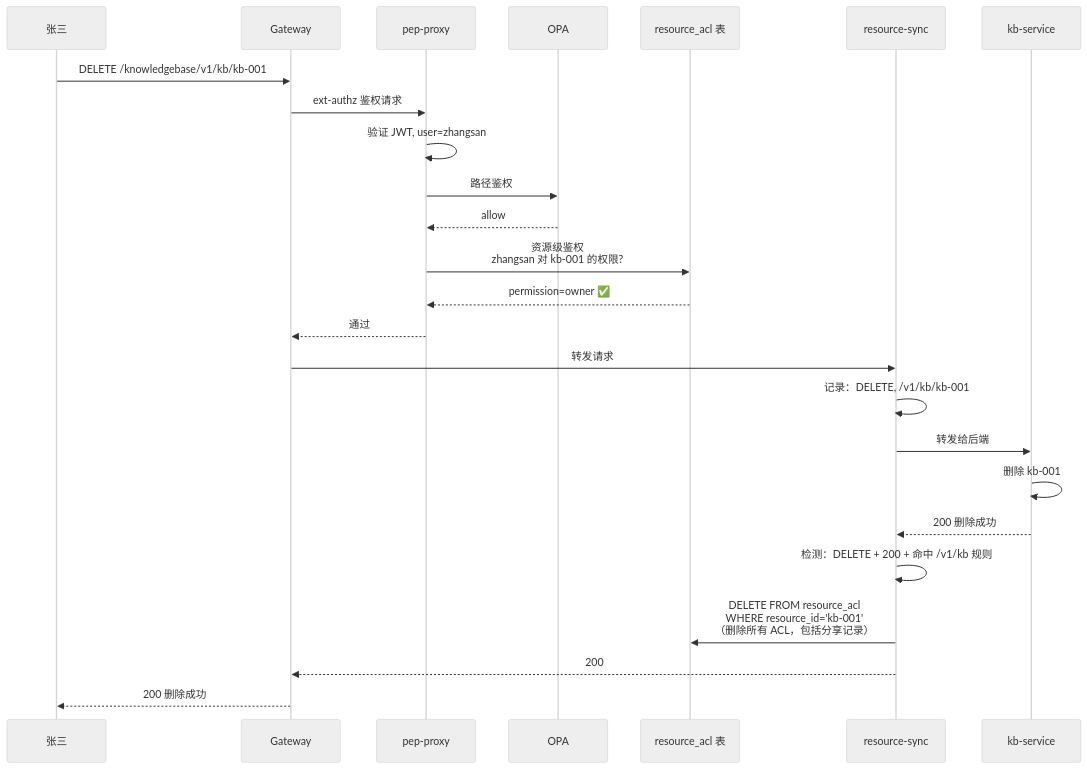
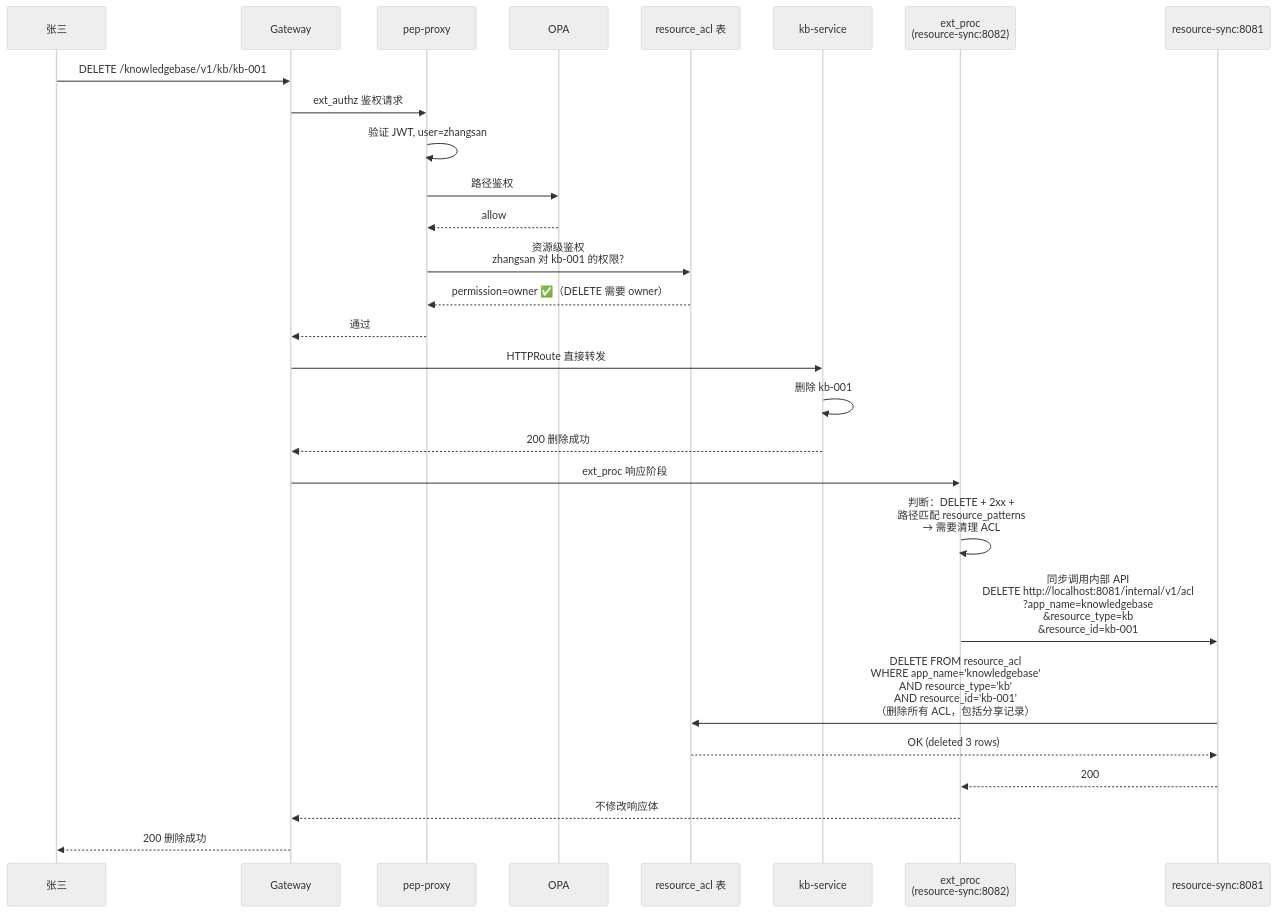
Diagram 11 of 15 in diagrams/request-flow.md (xiewanchao/aidp-iam), drawn with Mermaid (neutral theme) before and after one commit. The commit also changed other lines of this file and 5 other files, not shown here.

````diff
--- a/diagrams/request-flow.md
+++ b/diagrams/request-flow.md
@@ -362,28 +407,35 @@
 ```mermaid
 sequenceDiagram
     participant U as 张三
     participant GW as Gateway
     participant PEP as pep-proxy
     participant OPA as OPA
     participant DB as resource_acl 表
-    participant RS as resource-sync
     participant KB as kb-service
+    participant EP as ext_proc<br/>(resource-sync:8082)
+    participant API as resource-sync:8081
 
     U->>GW: DELETE /knowledgebase/v1/kb/kb-001
-    GW->>PEP: ext-authz 鉴权请求
+    GW->>PEP: ext_authz 鉴权请求
     PEP->>PEP: 验证 JWT, user=zhangsan
     PEP->>OPA: 路径鉴权
     OPA-->>PEP: allow
     PEP->>DB: 资源级鉴权<br/>zhangsan 对 kb-001 的权限?
-    DB-->>PEP: permission=owner ✅
+    DB-->>PEP: permission=owner ✅（DELETE 需要 owner）
     PEP-->>GW: 通过
-    GW->>RS: 转发请求
-    RS->>RS: 记录：DELETE, /v1/kb/kb-001
-    RS->>KB: 转发给后端
+
+    GW->>KB: HTTPRoute 直接转发
     KB->>KB: 删除 kb-001
-    KB-->>RS: 200 删除成功
-    RS->>RS: 检测：DELETE + 200 + 命中 /v1/kb 规则
-    RS->>DB: DELETE FROM resource_acl<br/>WHERE resource_id='kb-001'<br/>（删除所有 ACL，包括分享记录）
-    RS-->>GW: 200
+    KB-->>GW: 200 删除成功
+
+    GW->>EP: ext_proc 响应阶段
+    EP->>EP: 判断：DELETE + 2xx +<br/>路径匹配 resource_patterns<br/>→ 需要清理 ACL
+
+    EP->>API: 同步调用内部 API<br/>DELETE http://localhost:8081/internal/v1/acl<br/>?app_name=knowledgebase<br/>&resource_type=kb<br/>&resource_id=kb-001
+    API->>DB: DELETE FROM resource_acl<br/>WHERE app_name='knowledgebase'<br/>AND resource_type='kb'<br/>AND resource_id='kb-001'<br/>（删除所有 ACL，包括分享记录）
+    DB-->>API: OK (deleted 3 rows)
+    API-->>EP: 200
+
+    EP-->>GW: 不修改响应体
     GW-->>U: 200 删除成功
 ```
````
